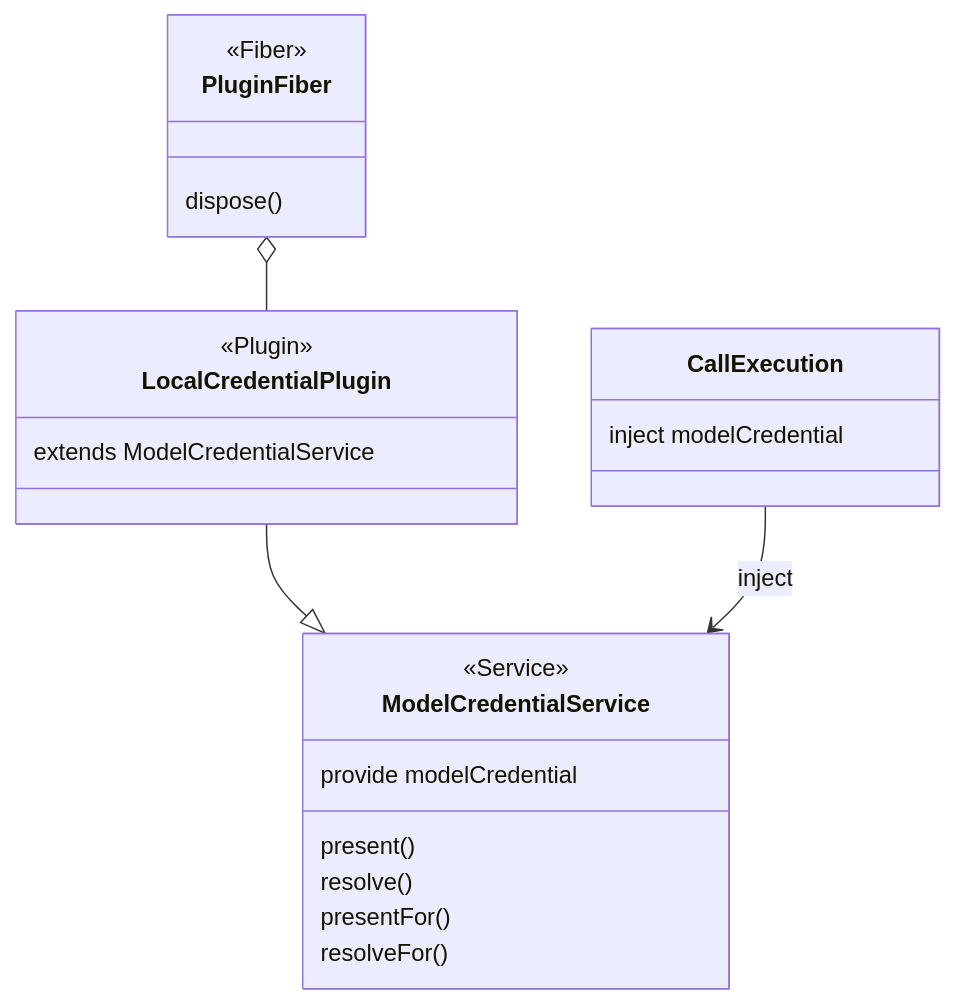
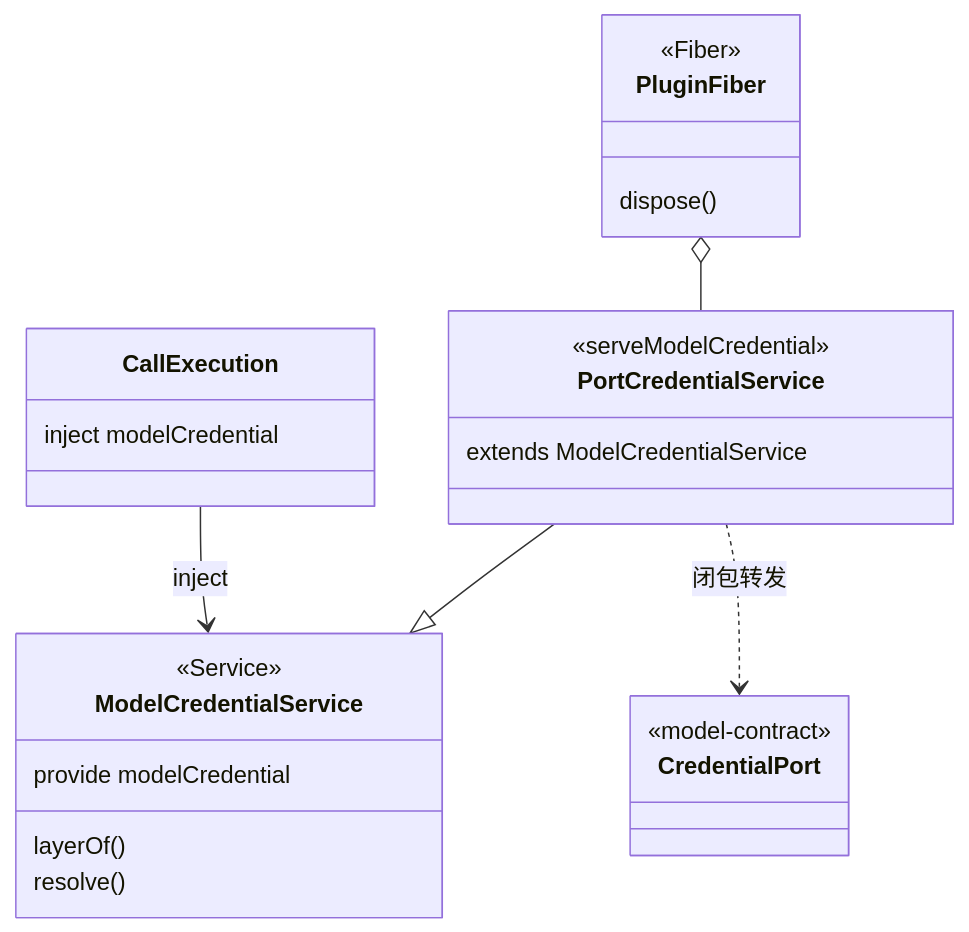
Before and after one commit to nemori-ai/omne-harness-lite: the diagram in packages/model/model-host-local/docs/cordis.md, drawn with Mermaid. The commit also changed other lines of this file and 333 other files, not shown here.

````diff
--- a/packages/model/model-host-local/docs/cordis.md
+++ b/packages/model/model-host-local/docs/cordis.md
@@ -50,25 +50,27 @@
 ```mermaid
 classDiagram
   class ModelCredentialService {
     <<Service>>
     provide modelCredential
-    present()
+    layerOf()
     resolve()
-    presentFor()
-    resolveFor()
   }
-  class LocalCredentialPlugin {
-    <<Plugin>>
+  class PortCredentialService {
+    <<serveModelCredential>>
     extends ModelCredentialService
+  }
+  class CredentialPort {
+    <<model-contract>>
   }
   class PluginFiber {
     <<Fiber>>
     dispose()
   }
   class CallExecution {
     inject modelCredential
   }
-  LocalCredentialPlugin --|> ModelCredentialService
-  PluginFiber o-- LocalCredentialPlugin
+  PortCredentialService --|> ModelCredentialService
+  PortCredentialService ..> CredentialPort : 闭包转发
+  PluginFiber o-- PortCredentialService
   CallExecution --> ModelCredentialService : inject
 ```
````
